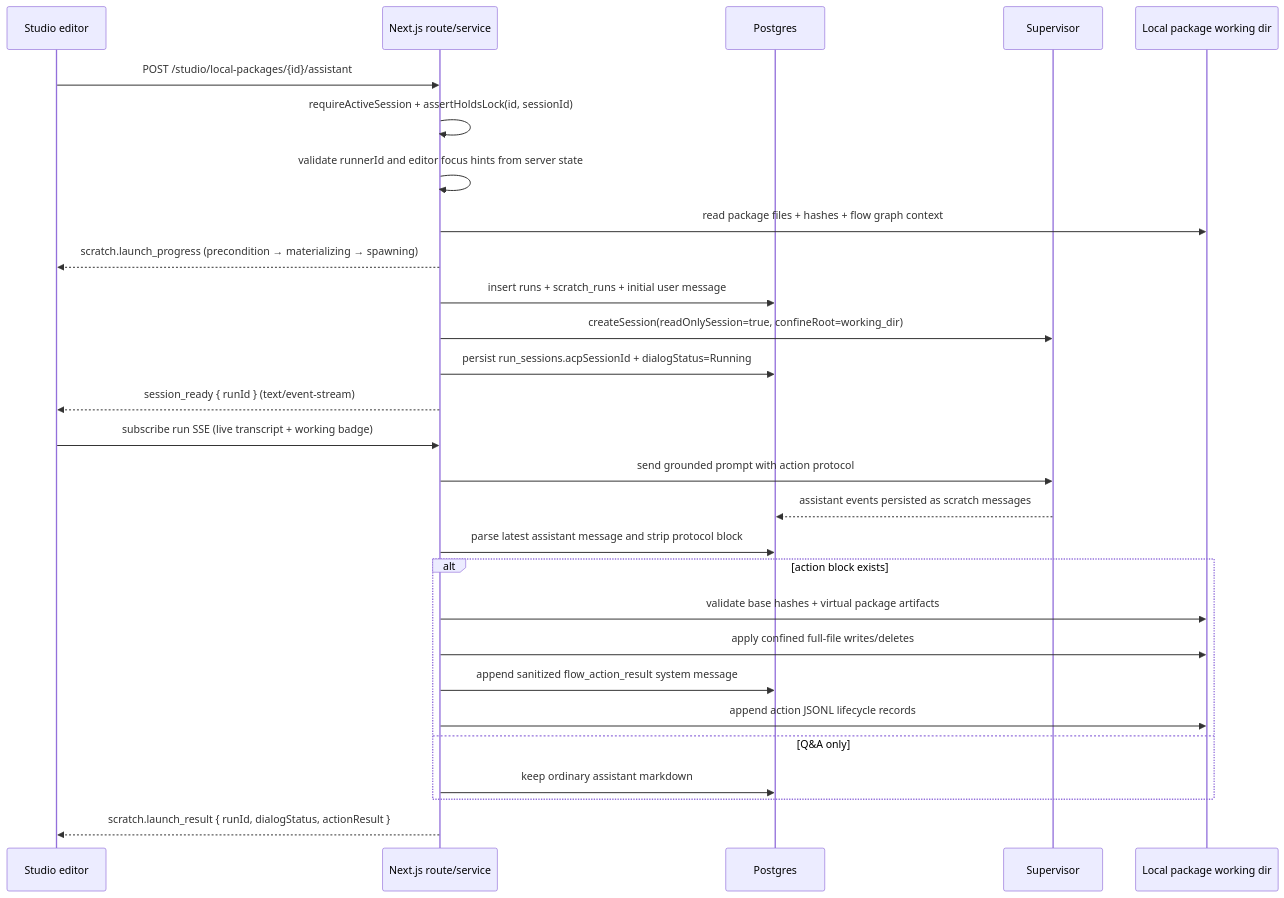
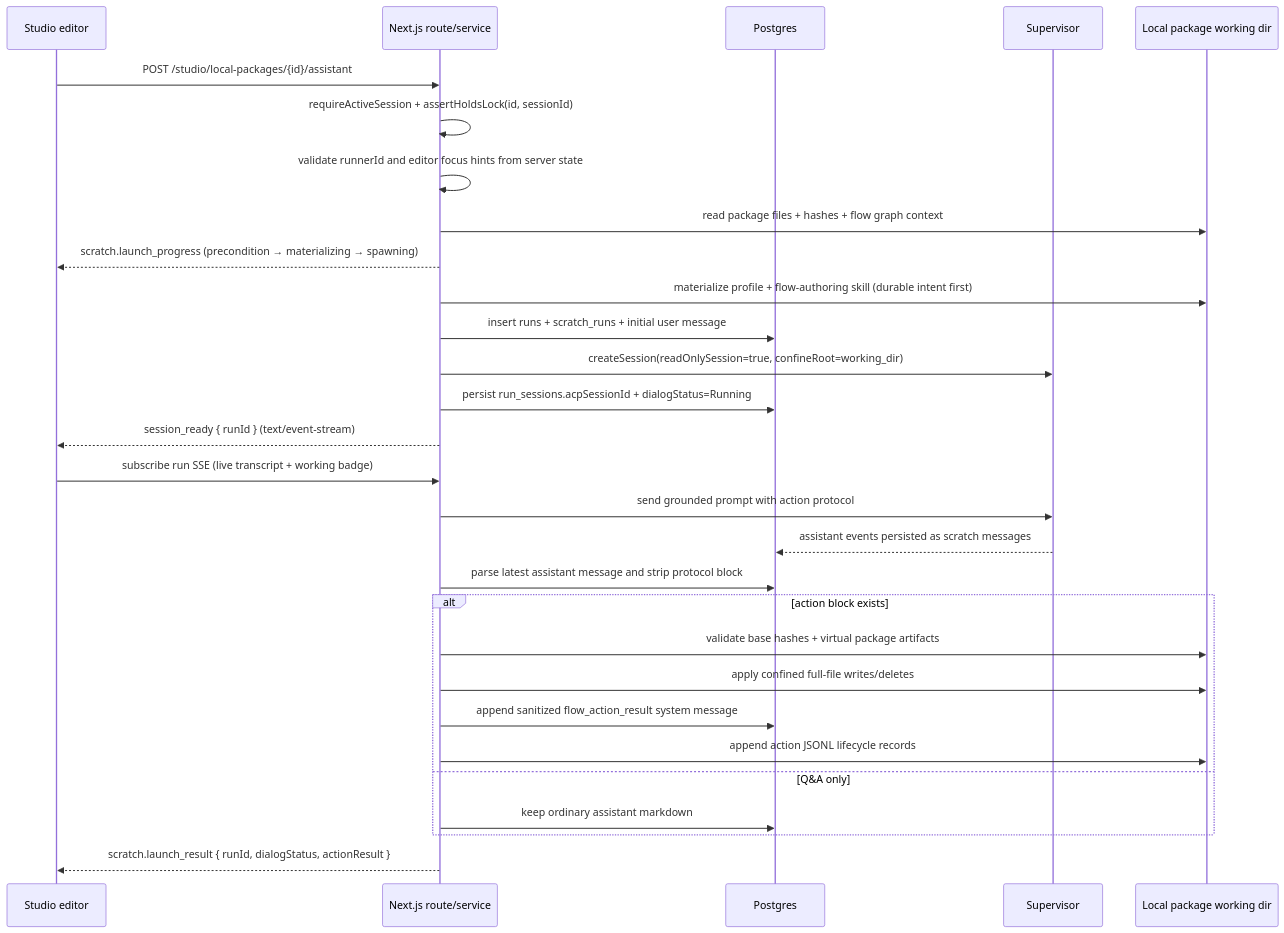
Before and after one commit to maister-dev/maister: the second of 2 diagrams in docs/system-analytics/studio-ai-assistant.md, drawn with Mermaid. The commit also changed other lines of this file and 16 other files, not shown here.

````diff
--- a/docs/system-analytics/studio-ai-assistant.md
+++ b/docs/system-analytics/studio-ai-assistant.md
@@ -84,31 +98,32 @@
 ```mermaid
 sequenceDiagram
     participant Editor as Studio editor
     participant Web as Next.js route/service
     participant DB as Postgres
     participant Sup as Supervisor
     participant FS as Local package working dir
 
     Editor->>Web: POST /studio/local-packages/{id}/assistant
     Web->>Web: requireActiveSession + assertHoldsLock(id, sessionId)
     Web->>Web: validate runnerId and editor focus hints from server state
     Web->>FS: read package files + hashes + flow graph context
     Web-->>Editor: scratch.launch_progress (precondition → materializing → spawning)
+    Web->>FS: materialize profile + flow-authoring skill (durable intent first)
     Web->>DB: insert runs + scratch_runs + initial user message
     Web->>Sup: createSession(readOnlySession=true, confineRoot=working_dir)
     Web->>DB: persist run_sessions.acpSessionId + dialogStatus=Running
     Web-->>Editor: session_ready { runId } (text/event-stream)
     Editor->>Web: subscribe run SSE (live transcript + working badge)
     Web->>Sup: send grounded prompt with action protocol
     Sup-->>DB: assistant events persisted as scratch messages
     Web->>DB: parse latest assistant message and strip protocol block
     alt action block exists
         Web->>FS: validate base hashes + virtual package artifacts
         Web->>FS: apply confined full-file writes/deletes
         Web->>DB: append sanitized flow_action_result system message
         Web->>FS: append action JSONL lifecycle records
     else Q&A only
         Web->>DB: keep ordinary assistant markdown
     end
     Web-->>Editor: scratch.launch_result { runId, dialogStatus, actionResult }
 ```
````
